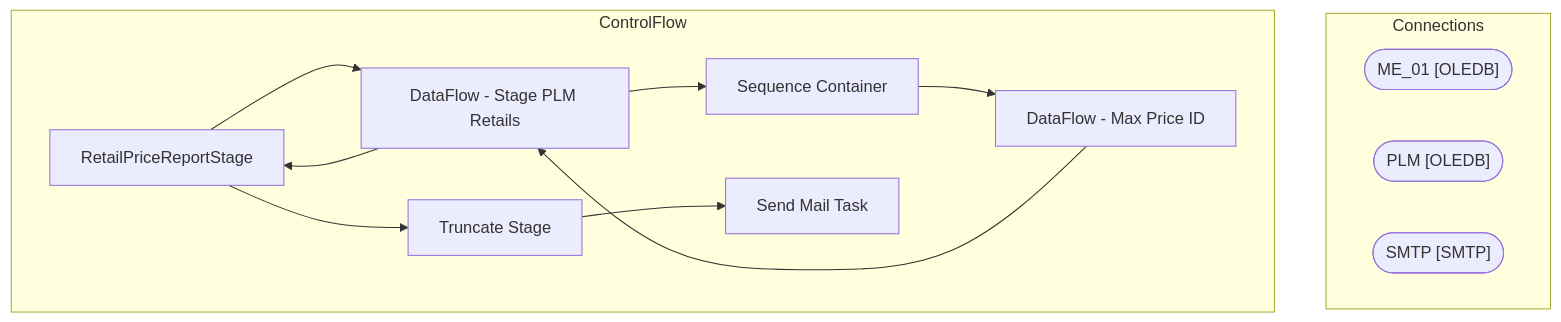
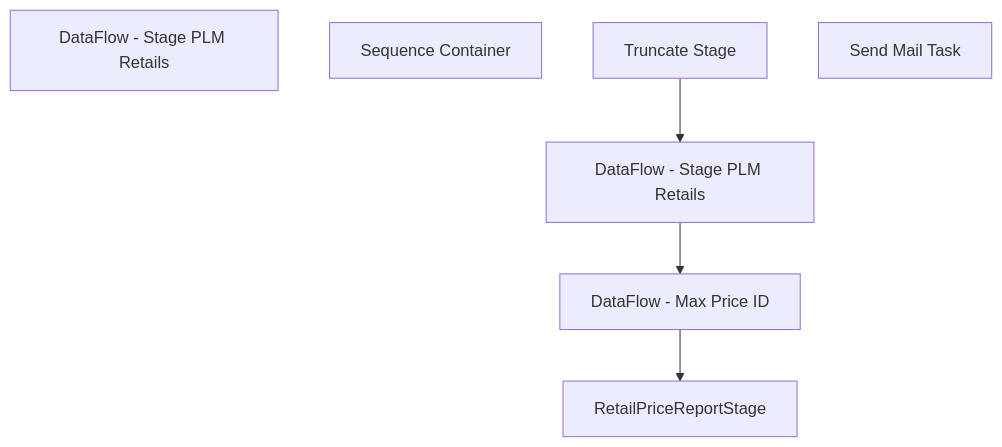
The diagram in bab-docs-explorer/Documentation/STL-SSIS-P-01/SSIS/Merch/RetailPriceReportStage.RetailPriceReportStage.md (juanandresbrain/BABSkills), drawn with Mermaid before and after one commit. The commit also changed other lines of this file and 273 other files, not shown here.

````diff
--- a/bab-docs-explorer/Documentation/STL-SSIS-P-01/SSIS/Merch/RetailPriceReportStage.RetailPriceReportStage.md
+++ b/bab-docs-explorer/Documentation/STL-SSIS-P-01/SSIS/Merch/RetailPriceReportStage.RetailPriceReportStage.md
@@ -9,25 +42,13 @@
 ```mermaid
 flowchart TD
-    subgraph Connections
-        ME_01_conn(["ME_01 [OLEDB]"])
-        PLM_conn(["PLM [OLEDB]"])
-        SMTP_conn(["SMTP [SMTP]"])
-    end
-    subgraph ControlFlow
-        RetailPriceReportStage_task["RetailPriceReportStage"]
-        DataFlow___Stage_PLM_Retails_task["DataFlow - Stage PLM Retails"]
-        RetailPriceReportStage_task --> DataFlow___Stage_PLM_Retails_task
-        Sequence_Container_task["Sequence Container"]
-        DataFlow___Stage_PLM_Retails_task --> Sequence_Container_task
-        DataFlow___Max_Price_ID_task["DataFlow - Max Price ID"]
-        Sequence_Container_task --> DataFlow___Max_Price_ID_task
-        DataFlow___Stage_PLM_Retails_task["DataFlow - Stage PLM Retails"]
-        DataFlow___Max_Price_ID_task --> DataFlow___Stage_PLM_Retails_task
-        RetailPriceReportStage_task["RetailPriceReportStage"]
-        DataFlow___Stage_PLM_Retails_task --> RetailPriceReportStage_task
-        Truncate_Stage_task["Truncate Stage"]
-        RetailPriceReportStage_task --> Truncate_Stage_task
-        Send_Mail_Task_task["Send Mail Task"]
-        Truncate_Stage_task --> Send_Mail_Task_task
-    end
+    n_Package_DataFlow___Stage_PLM_Retails["DataFlow - Stage PLM Retails"]
+    n_Package_Sequence_Container["Sequence Container"]
+    n_Package_Sequence_Container_DataFlow___Max_Price_ID["DataFlow - Max Price ID"]
+    n_Package_Sequence_Container_DataFlow___Stage_PLM_Retails["DataFlow - Stage PLM Retails"]
+    n_Package_Sequence_Container_RetailPriceReportStage["RetailPriceReportStage"]
+    n_Package_Sequence_Container_Truncate_Stage["Truncate Stage"]
+    n_Package_EventHandlers_OnError__Send_Mail_Task["Send Mail Task"]
+    n_Package_Sequence_Container_Truncate_Stage --> n_Package_Sequence_Container_DataFlow___Stage_PLM_Retails
+    n_Package_Sequence_Container_DataFlow___Stage_PLM_Retails --> n_Package_Sequence_Container_DataFlow___Max_Price_ID
+    n_Package_Sequence_Container_DataFlow___Max_Price_ID --> n_Package_Sequence_Container_RetailPriceReportStage
 ```
````
